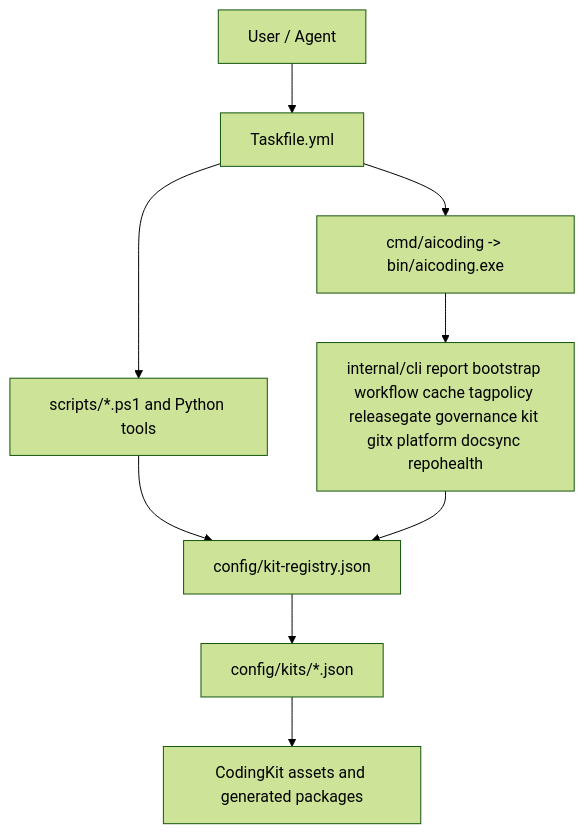
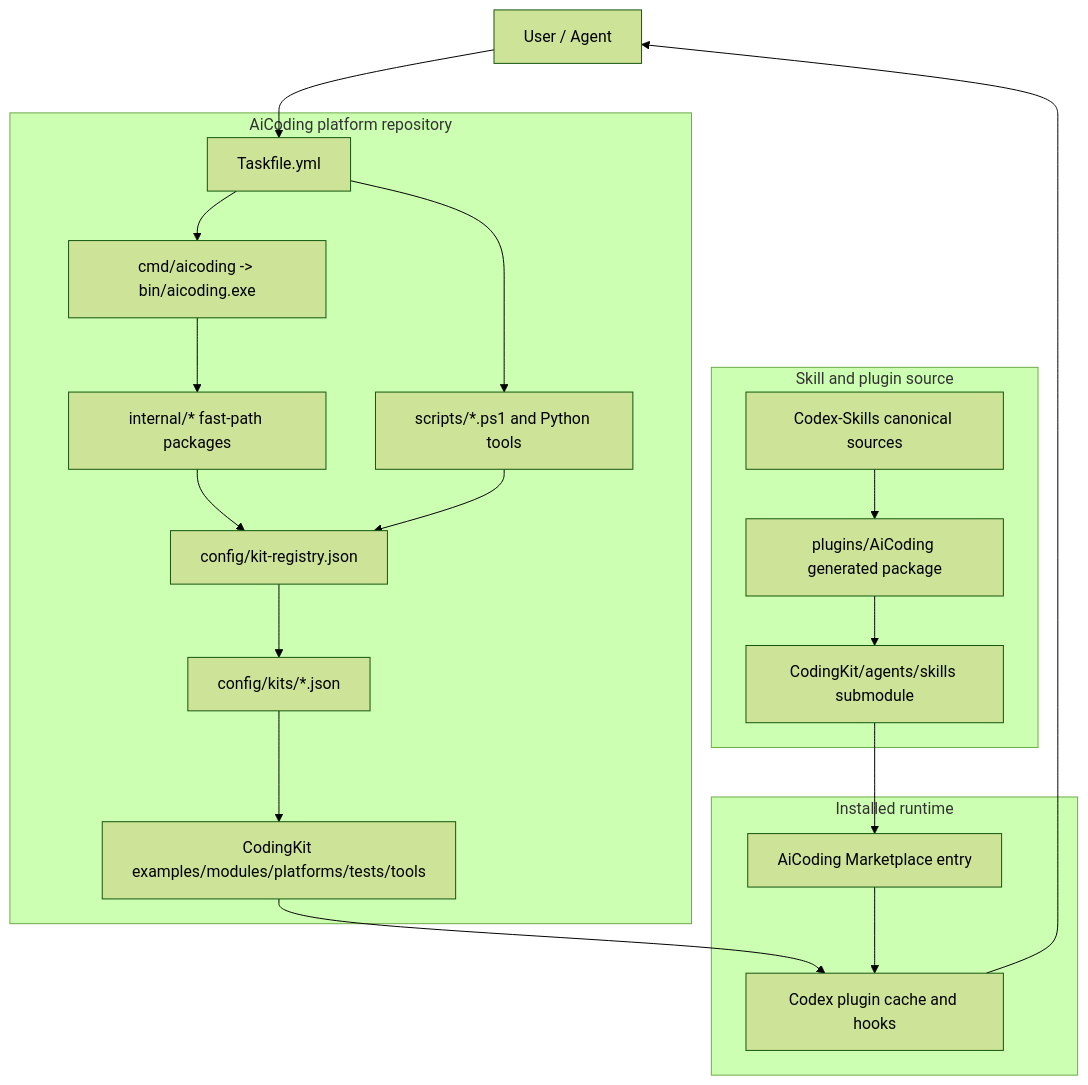
One commit to JiaxI2/AiCoding changed the diagram in docs/ARCHITECTURE_OVERVIEW.md. Above: the diagram before and after it, drawn with Mermaid (forest theme). The commit also changed 1 other file, not shown here.

Commit message:
docs(architecture): update layer model

````diff
--- a/docs/ARCHITECTURE_OVERVIEW.md
+++ b/docs/ARCHITECTURE_OVERVIEW.md
@@ -21,11 +21,32 @@
 ```mermaid
 flowchart TD
   User["User / Agent"] --> Taskfile["Taskfile.yml"]
-  Taskfile --> GoCLI["cmd/aicoding -> bin/aicoding.exe"]
-  Taskfile --> Scripts["scripts/*.ps1 and Python tools"]
-  GoCLI --> Internal["internal/cli report bootstrap workflow cache tagpolicy releasegate governance kit gitx platform docsync repohealth"]
-  Scripts --> Registry["config/kit-registry.json"]
-  Internal --> Registry
-  Registry --> Manifests["config/kits/*.json"]
-  Manifests --> Assets["CodingKit assets and generated packages"]
+
+  subgraph Source["Skill and plugin source"]
+    CodexSkills["Codex-Skills canonical sources"]
+    PluginPackage["plugins/AiCoding generated package"]
+    Submodule["CodingKit/agents/skills submodule"]
+  end
+
+  subgraph Runtime["Installed runtime"]
+    Marketplace["AiCoding Marketplace entry"]
+    CodexRuntime["Codex plugin cache and hooks"]
+  end
+
+  subgraph Platform["AiCoding platform repository"]
+    Taskfile --> GoCLI["cmd/aicoding -> bin/aicoding.exe"]
+    Taskfile --> Scripts["scripts/*.ps1 and Python tools"]
+    GoCLI --> Internal["internal/* fast-path packages"]
+    Scripts --> Registry["config/kit-registry.json"]
+    Internal --> Registry
+    Registry --> Manifests["config/kits/*.json"]
+    Manifests --> Assets["CodingKit examples/modules/platforms/tests/tools"]
+  end
+
+  CodexSkills --> PluginPackage
+  PluginPackage --> Submodule
+  Submodule --> Marketplace
+  Marketplace --> CodexRuntime
+  CodexRuntime --> User
+  Assets --> CodexRuntime
 ```
````
